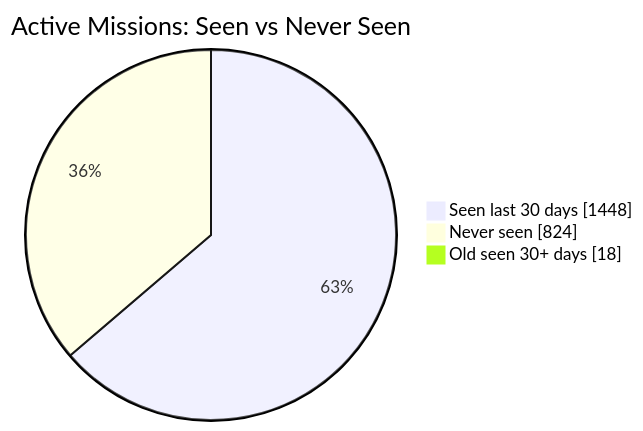
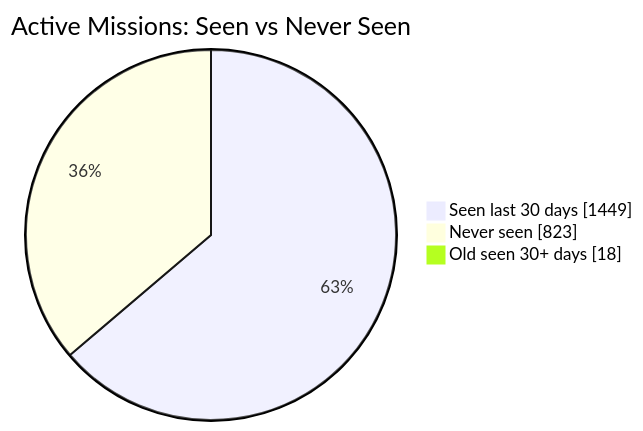
The first of 2 diagrams in README.md (MeldkamerspelGameTeam/active-missions), drawn with Mermaid before and after one commit. The commit also changed other lines of this file and 3 other files, not shown here.

````diff
--- a/README.md
+++ b/README.md
@@ -34,7 +34,7 @@
 ```mermaid
 pie showData
     title Active Missions: Seen vs Never Seen
-    "Seen last 30 days" : 1448
-    "Never seen" : 824
+    "Seen last 30 days" : 1449
+    "Never seen" : 823
     "Old seen 30+ days" : 18
 ```
````
